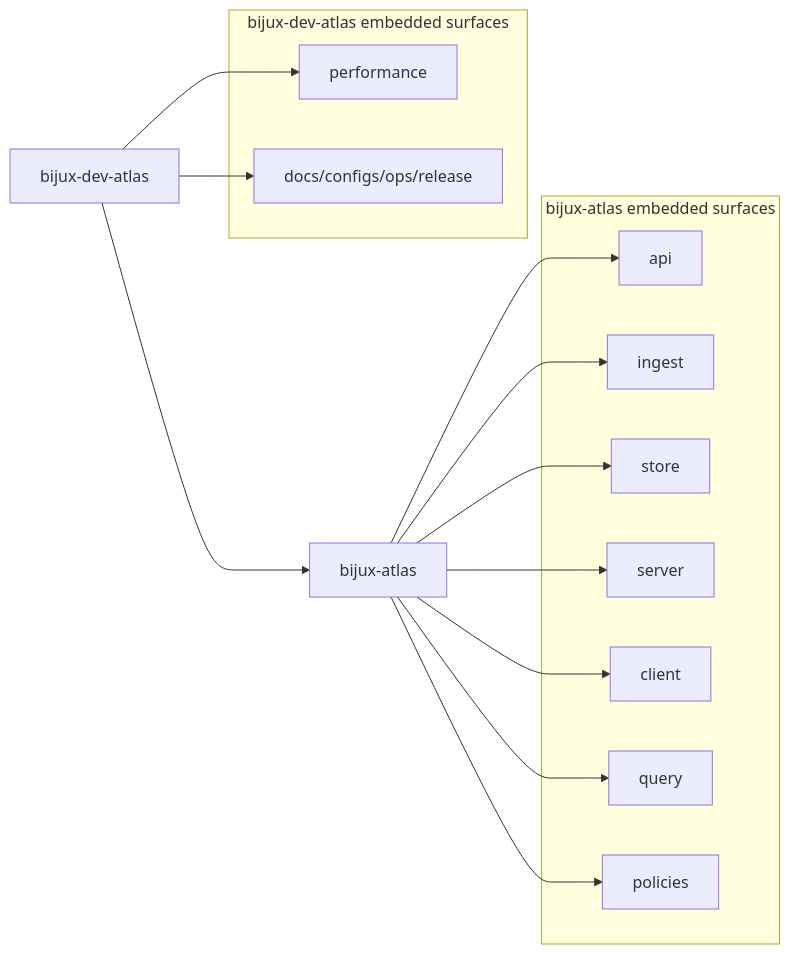
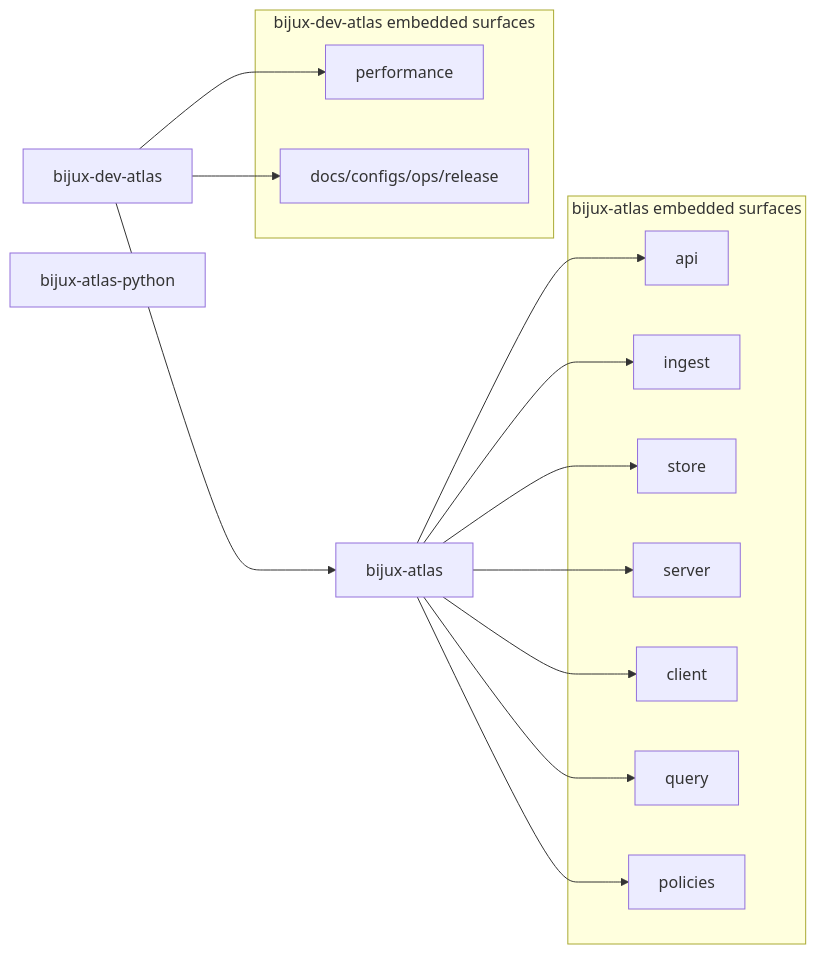
The diagram in docs/architecture/crates-map.md (bijux/bijux-atlas), drawn with Mermaid before and after one commit. The commit also changed other lines of this file and 12 other files, not shown here.

````diff
--- a/docs/architecture/crates-map.md
+++ b/docs/architecture/crates-map.md
@@ -12,26 +12,27 @@
 ```mermaid
 flowchart LR
   dev[bijux-dev-atlas] --> cli[bijux-atlas]
+  py[bijux-atlas-python]
   subgraph runtime[bijux-atlas embedded surfaces]
     api[api]
     ingest[ingest]
     store[store]
     server[server]
     client[client]
     query[query]
     policies[policies]
   end
   cli --> api
   cli --> ingest
   cli --> store
   cli --> server
   cli --> client
   cli --> query
   cli --> policies
   subgraph control[bijux-dev-atlas embedded surfaces]
     perf[performance]
     docs[docs/configs/ops/release]
   end
   dev --> perf
   dev --> docs
 ```
````
